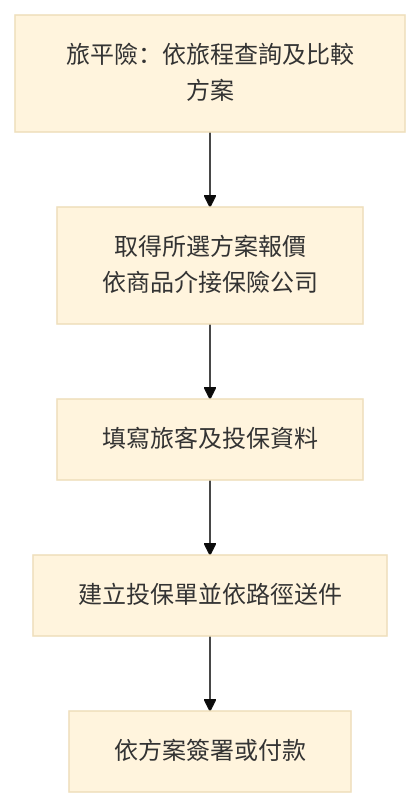
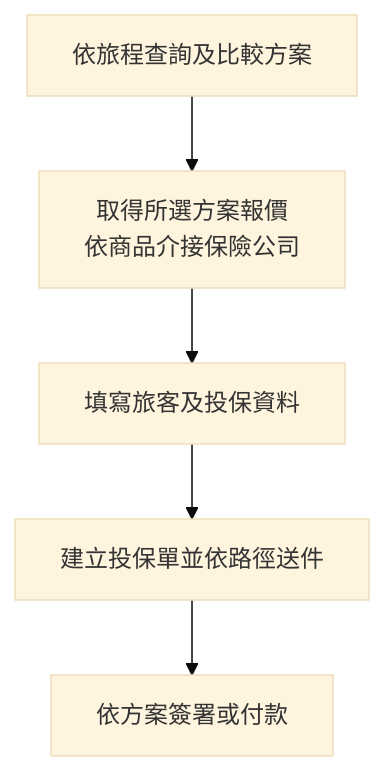
The second of 3 diagrams in README.md (highhao/insurance-saas-platform), drawn with Mermaid (base theme) before and after one commit. The commit also changed other lines of this file and 1 other file, not shown here.

````diff
--- a/README.md
+++ b/README.md
@@ -18,7 +22,7 @@
 ```mermaid
 flowchart TB
-    A[旅平險：依旅程查詢及比較方案] --> B[取得所選方案報價<br/>依商品介接保險公司]
+    A[依旅程查詢及比較方案] --> B[取得所選方案報價<br/>依商品介接保險公司]
     B --> C[填寫旅客及投保資料]
     C --> D[建立投保單並依路徑送件]
     D --> E[依方案簽署或付款]
 ```
````
